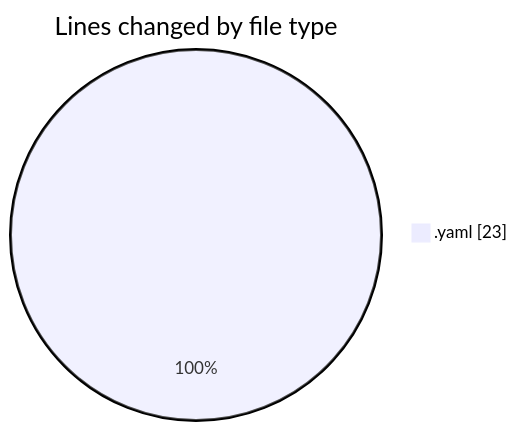
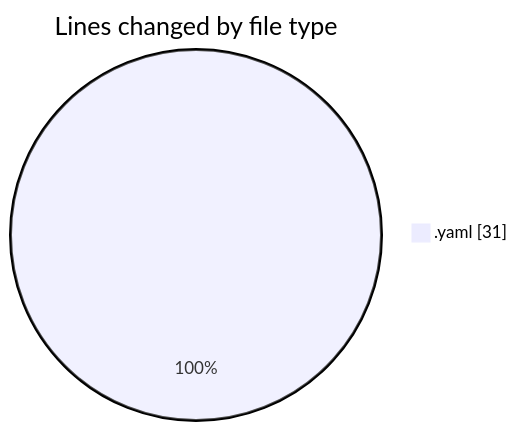
The first of 2 diagrams in 2026-04-05/argos_orchestrator/README.md (nxtqubesakshisongat/code-tracking), drawn with Mermaid before and after one commit. The commit also changed other lines of this file and 1 other file, not shown here.

````diff
--- a/2026-04-05/argos_orchestrator/README.md
+++ b/2026-04-05/argos_orchestrator/README.md
@@ -20,5 +21,5 @@
 ```mermaid
 pie showData
 title Lines changed by file type
-".yaml" : 23
+".yaml" : 31
 ```
````
